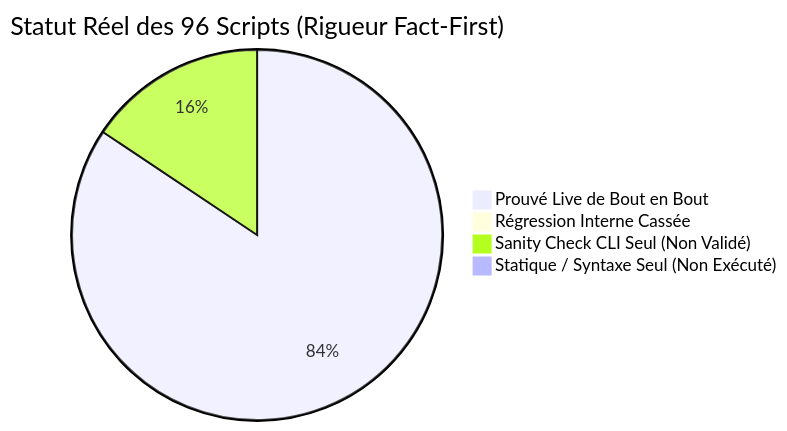
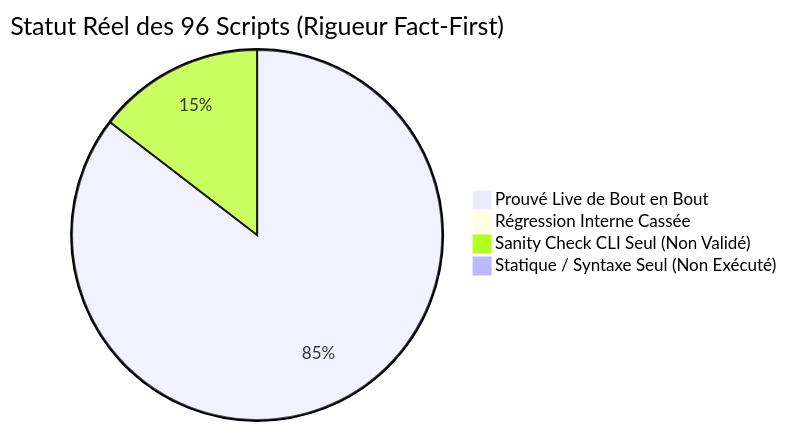
The diagram in docs/reference/2026-11-10-audit-exhaustif-scripts-regressions.md (yoyonel/pydbsrt), drawn with Mermaid before and after one commit. The commit also changed other lines of this file and 2 other files, not shown here.

Commit message:
fix(ingestion): dynamic root, robust dbsrt resolution and cli check mode in download and audit all trailers (#69)

````diff
--- a/docs/reference/2026-11-10-audit-exhaustif-scripts-regressions.md
+++ b/docs/reference/2026-11-10-audit-exhaustif-scripts-regressions.md
@@ -16,7 +16,7 @@
 ```mermaid
 pie title Statut Réel des 96 Scripts (Rigueur Fact-First)
-    "Prouvé Live de Bout en Bout" : 81
+    "Prouvé Live de Bout en Bout" : 82
     "Régression Interne Cassée" : 0
-    "Sanity Check CLI Seul (Non Validé)" : 15
+    "Sanity Check CLI Seul (Non Validé)" : 14
     "Statique / Syntaxe Seul (Non Exécuté)" : 0
 ```
````
